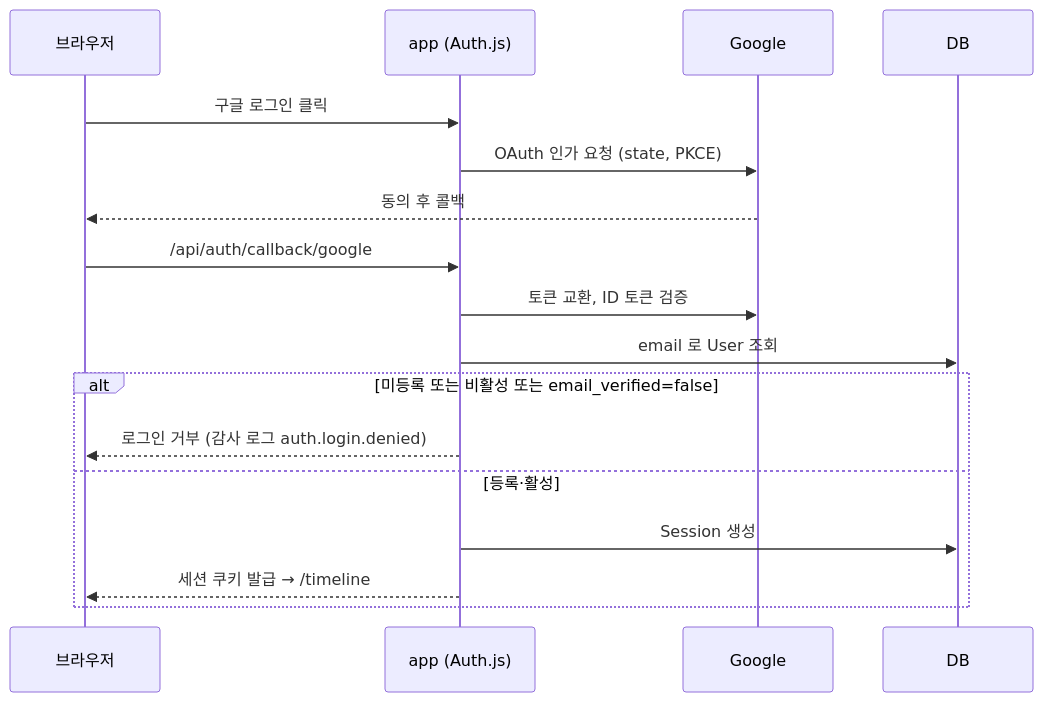
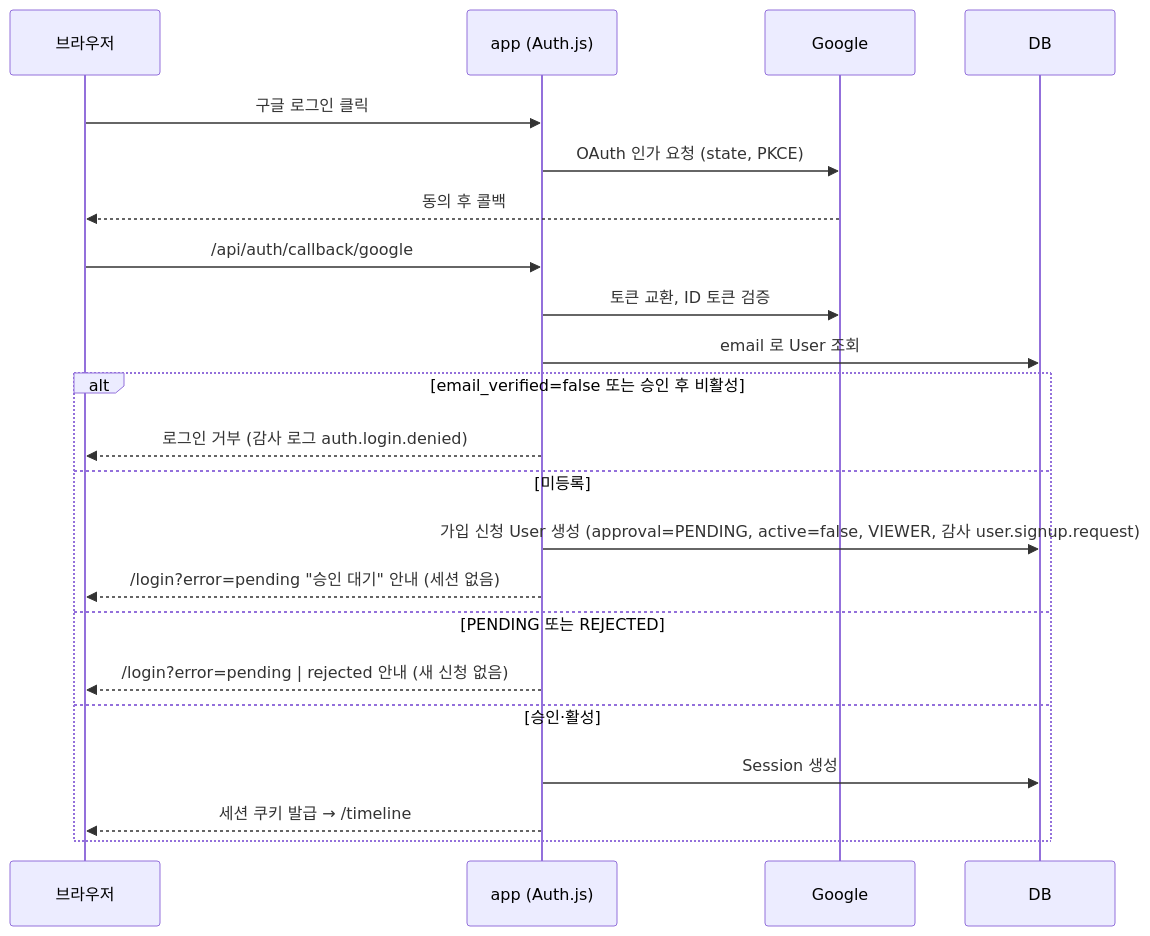
Before and after one commit to blindrift/one-sch: the third of 4 diagrams in docs/technical-design.md, drawn with Mermaid. The commit also changed other lines of this file and 18 other files, not shown here.

Commit message:
구글 가입 승인제: 미등록 구글 첫 로그인은 가입 신청(PENDING·비활성)으로 만들고 승인 대기 안내, 관리자는 /admin/users 에서 역할 골라 승인·거부(REJECTED 보관, 나중에 승인·삭제), DB CHECK 로 미승인 계정 활성화 차단

````diff
--- a/docs/technical-design.md
+++ b/docs/technical-design.md
@@ -322,19 +322,24 @@
 ```mermaid
 sequenceDiagram
   participant B as 브라우저
   participant A as app (Auth.js)
   participant G as Google
   participant D as DB
   B->>A: 구글 로그인 클릭
   A->>G: OAuth 인가 요청 (state, PKCE)
   G-->>B: 동의 후 콜백
   B->>A: /api/auth/callback/google
   A->>G: 토큰 교환, ID 토큰 검증
   A->>D: email 로 User 조회
-  alt 미등록 또는 비활성 또는 email_verified=false
+  alt email_verified=false 또는 승인 후 비활성
     A-->>B: 로그인 거부 (감사 로그 auth.login.denied)
-  else 등록·활성
+  else 미등록
+    A->>D: 가입 신청 User 생성 (approval=PENDING, active=false, VIEWER, 감사 user.signup.request)
+    A-->>B: /login?error=pending "승인 대기" 안내 (세션 없음)
+  else PENDING 또는 REJECTED
+    A-->>B: /login?error=pending | rejected 안내 (새 신청 없음)
+  else 승인·활성
     A->>D: Session 생성
     A-->>B: 세션 쿠키 발급 → /timeline
   end
 ```
````
